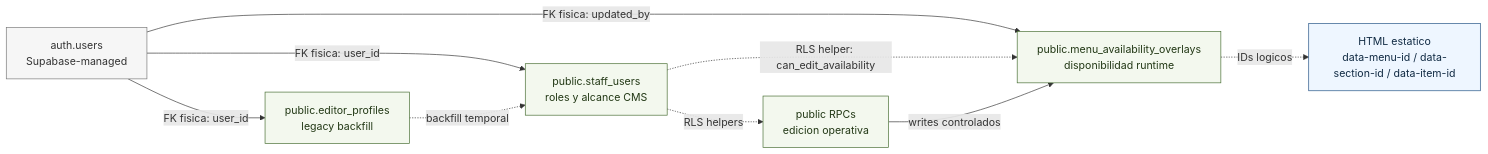
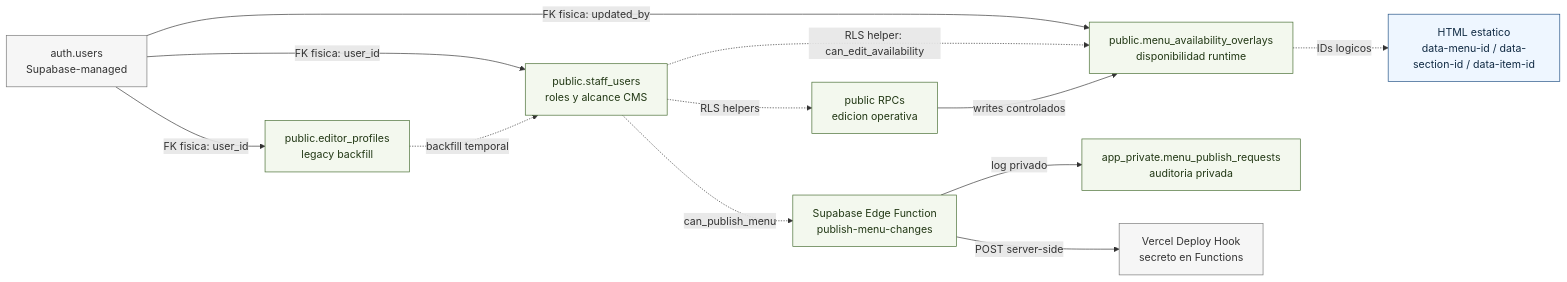
Before and after one commit to materamos/ElFaraonCatering: the third of 3 diagrams in docs/supabase/schema-diagram.md, drawn with Mermaid. The commit also changed other lines of this file and 9 other files, not shown here.

Commit message:
fix: validate auth before publish config

````diff
--- a/docs/supabase/schema-diagram.md
+++ b/docs/supabase/schema-diagram.md
@@ -157,27 +157,33 @@
 ```mermaid
 flowchart LR
   AUTH_USERS["auth.users<br/>Supabase-managed"]
   STAFF["public.staff_users<br/>roles y alcance CMS"]
   EDITORS["public.editor_profiles<br/>legacy backfill"]
   OVERLAYS["public.menu_availability_overlays<br/>disponibilidad runtime"]
   RPCS["public RPCs<br/>edicion operativa"]
+  EDGE["Supabase Edge Function<br/>publish-menu-changes"]
+  PRIVATE["app_private.menu_publish_requests<br/>auditoria privada"]
+  VERCEL["Vercel Deploy Hook<br/>secreto en Functions"]
 
   STATIC["HTML estatico<br/>data-menu-id / data-section-id / data-item-id"]
 
   AUTH_USERS -->|"FK fisica: user_id"| STAFF
   AUTH_USERS -->|"FK fisica: user_id"| EDITORS
   AUTH_USERS -->|"FK fisica: updated_by"| OVERLAYS
   EDITORS -. "backfill temporal" .-> STAFF
   STAFF -. "RLS helper: can_edit_availability" .-> OVERLAYS
   STAFF -. "RLS helpers" .-> RPCS
+  STAFF -. "can_publish_menu" .-> EDGE
   RPCS -->|"writes controlados"| OVERLAYS
+  EDGE -->|"log privado"| PRIVATE
+  EDGE -->|"POST server-side"| VERCEL
   OVERLAYS -. "IDs logicos" .-> STATIC
 
   classDef runtime fill:#f3f8ee,stroke:#446b2f,color:#223815;
   classDef structural fill:#eef6ff,stroke:#1f4f82,color:#102a43;
   classDef platform fill:#f6f6f6,stroke:#777,color:#333;
 
-  class STAFF,EDITORS,OVERLAYS,RPCS runtime;
+  class STAFF,EDITORS,OVERLAYS,RPCS,EDGE,PRIVATE runtime;
   class STATIC structural;
-  class AUTH_USERS platform;
+  class AUTH_USERS,VERCEL platform;
 ```
````
